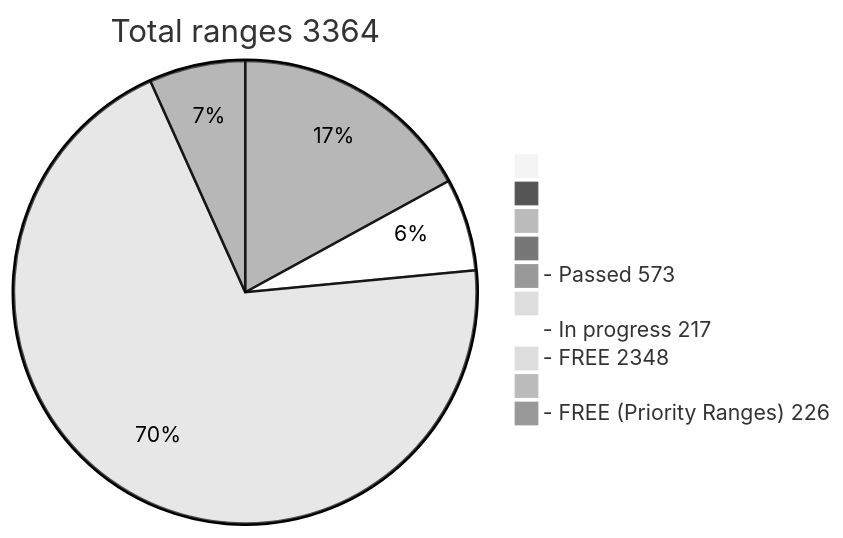
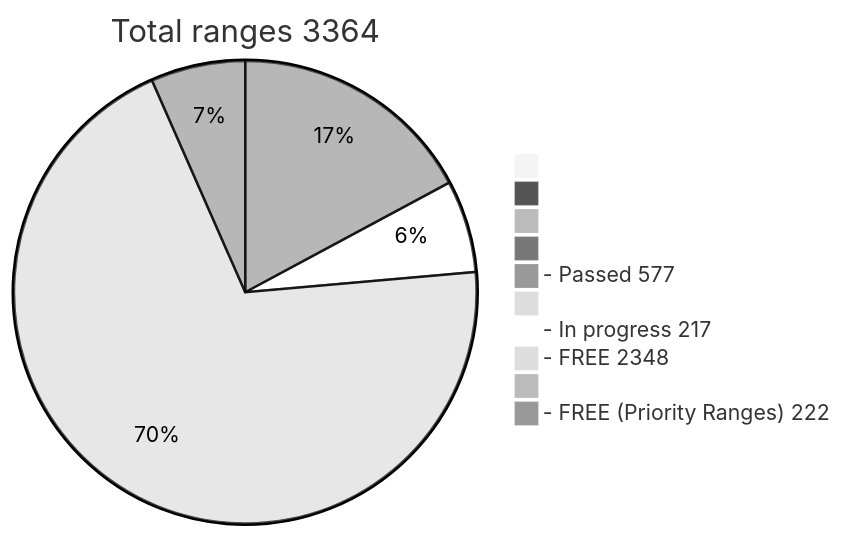
Before and after one commit to phrutis/wif500: the diagram in README.md, drawn with Mermaid (neutral theme).

````diff
--- a/README.md
+++ b/README.md
@@ -16,13 +16,13 @@
 ```mermaid
 pie title Total ranges 3364
              " " : 0
             "  " : 0
            "   " : 0
           "    " : 0
-  "- Passed 573" : 573
+  "- Passed 577" : 577
          "     " : 0
   "- In progress 217" : 217
    "- FREE 2348" : 2348
         "      " : 0
-  "- FREE (Priority Ranges) 226" : 226
+  "- FREE (Priority Ranges) 222" : 222
 ```
````
